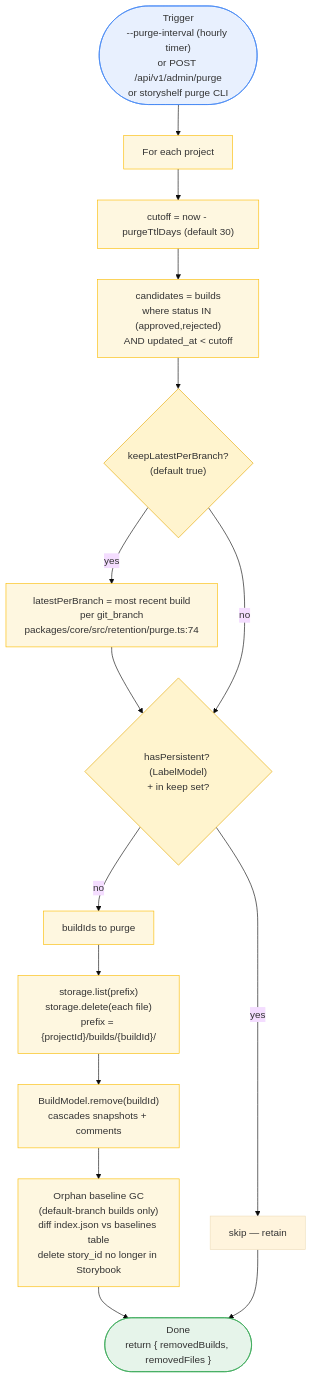
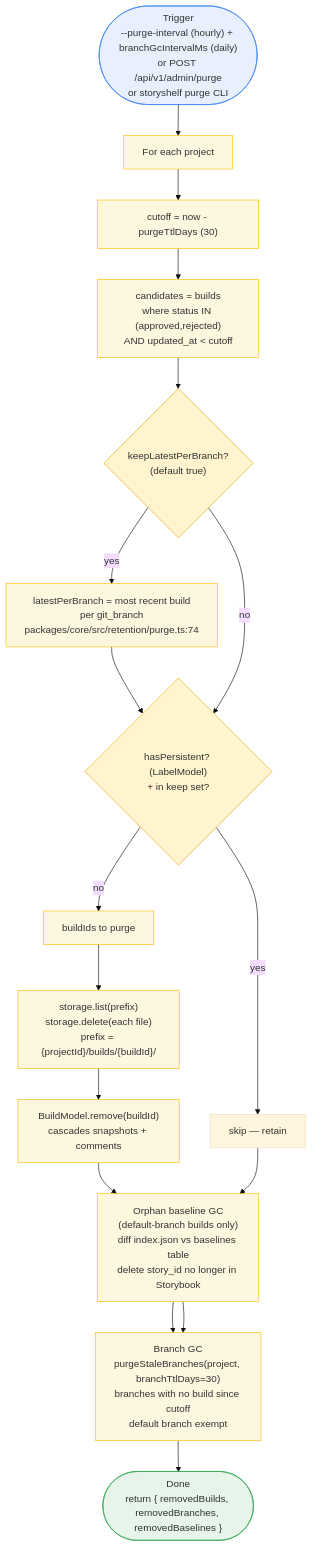
One commit to GuptaSiddhant/StoryShelf changed diagram 12 of 18 in docs/architecture-diagrams.md. Above: the diagram before and after it, drawn with Mermaid (base theme). The commit also changed other lines of this file and 13 other files, not shown here.

First line of the commit message:
docs: TTL branch GC (30d daily) — update architecture, ADR, and guides

````diff
--- a/docs/architecture-diagrams.md
+++ b/docs/architecture-diagrams.md
@@ -691,32 +692,34 @@
 ```mermaid
 flowchart TB
-    startP(["Trigger<br/>--purge-interval (hourly timer)<br/>or POST /api/v1/admin/purge<br/>or storyshelf purge CLI"])
+    startP(["Trigger<br/>--purge-interval (hourly) + branchGcIntervalMs (daily)<br/>or POST /api/v1/admin/purge<br/>or storyshelf purge CLI"])
     loadProjects["For each project"]
-    cutoff["cutoff = now - purgeTtlDays (default 30)"]
+    cutoff["cutoff = now - purgeTtlDays (30)"]
     candidates["candidates = builds<br/>where status IN (approved,rejected)<br/>AND updated_at < cutoff"]
     keepLatest{"keepLatestPerBranch?<br/>(default true)"}
     latest["latestPerBranch = most recent build<br/>per git_branch<br/>packages/core/src/retention/purge.ts:74"]
     checkPersistent{"hasPersistent? (LabelModel)<br/>+ in keep set?"}
     skip["skip — retain"]
     toPurge["buildIds to purge"]
     delFiles["storage.list(prefix)<br/>storage.delete(each file)<br/>prefix = {projectId}/builds/{buildId}/"]
     delRows["BuildModel.remove(buildId)<br/>cascades snapshots + comments"]
     orphanGC["Orphan baseline GC<br/>(default-branch builds only)<br/>diff index.json vs baselines table<br/>delete story_id no longer in Storybook"]
-    done(["Done<br/>return { removedBuilds, removedFiles }"])
+    branchGC["Branch GC<br/>purgeStaleBranches(project, branchTtlDays=30)<br/>branches with no build since cutoff<br/>default branch exempt"]
+    done(["Done<br/>return { removedBuilds, removedBranches, removedBaselines }"])
 
     startP --> loadProjects --> cutoff --> candidates --> keepLatest
     keepLatest -- yes --> latest --> checkPersistent
     keepLatest -- no --> checkPersistent
     checkPersistent -- yes --> skip
-    checkPersistent -- no --> toPurge --> delFiles --> delRows --> orphanGC --> done
-    skip --> done
+    checkPersistent -- no --> toPurge --> delFiles --> delRows --> orphanGC --> branchGC --> done
+    skip --> orphanGC
+    orphanGC --> branchGC
 
     classDef trigger fill:#e8f0fe,stroke:#4285f4;
     classDef decision fill:#fff4ce,stroke:#e6a800;
     classDef action fill:#fef7e0,stroke:#fbbc04;
     classDef done2 fill:#e6f4ea,stroke:#34a853;
     class startP trigger;
     class keepLatest,checkPersistent decision;
-    class loadProjects,cutoff,candidates,latest,toPurge,delFiles,delRows,orphanGC action;
+    class loadProjects,cutoff,candidates,latest,toPurge,delFiles,delRows,orphanGC,branchGC action;
     class done done2;
 ```
````
